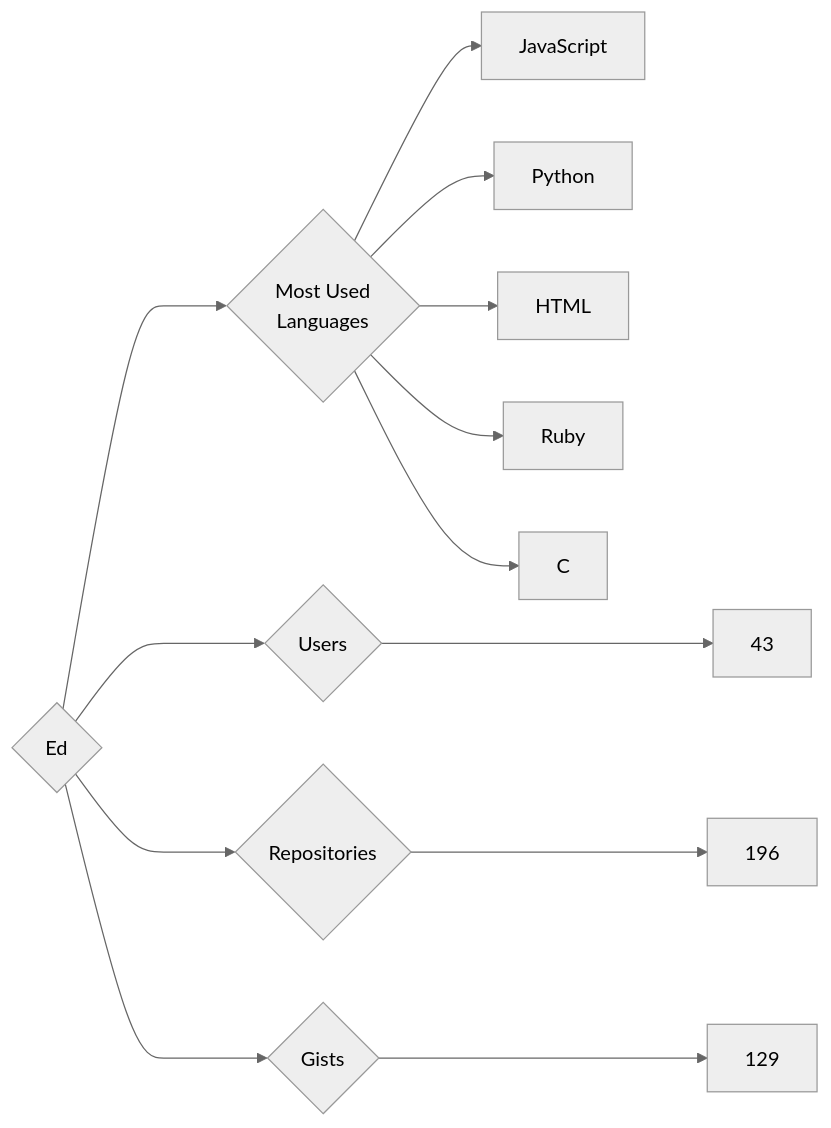
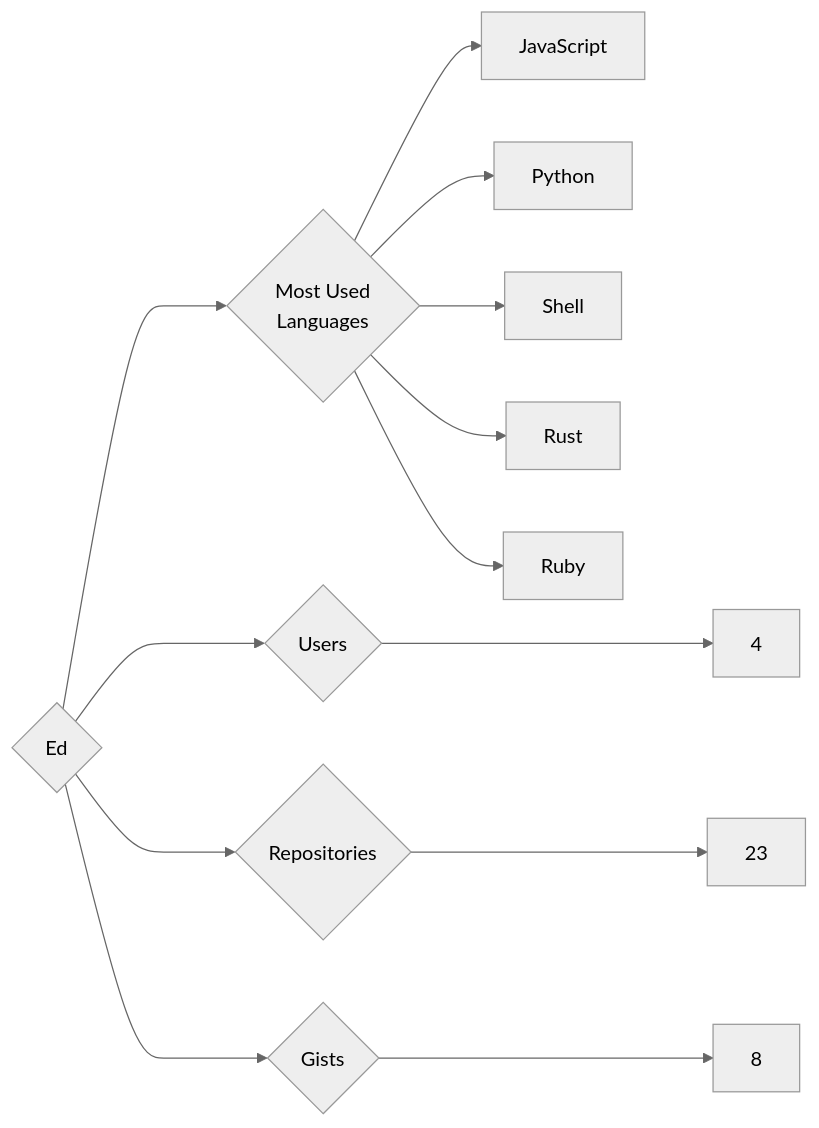
The diagram in targets/Ed/README.md (trickest/insiders), drawn with Mermaid (neutral theme) before and after one commit. The commit also changed 676 other files, not shown here.

````diff
--- a/targets/Ed/README.md
+++ b/targets/Ed/README.md
@@ -3,13 +3,13 @@
 ```mermaid
 graph LR
 COMPANY_NAME{Ed}
-COMPANY_NAME ---> U{Users} ---> UN[43]
-COMPANY_NAME ---> R{Repositories} ---> RN[196]
-COMPANY_NAME ---> G{Gists} ---> GN[129]
+COMPANY_NAME ---> U{Users} ---> UN[4]
+COMPANY_NAME ---> R{Repositories} ---> RN[23]
+COMPANY_NAME ---> G{Gists} ---> GN[8]
 COMPANY_NAME ---> ML{Most Used<br>Languages}
 ML --> JavaScript[JavaScript]
 ML --> Python[Python]
-ML --> HTML[HTML]
+ML --> Shell[Shell]
+ML --> Rust[Rust]
 ML --> Ruby[Ruby]
-ML --> C[C]
 ```
````
